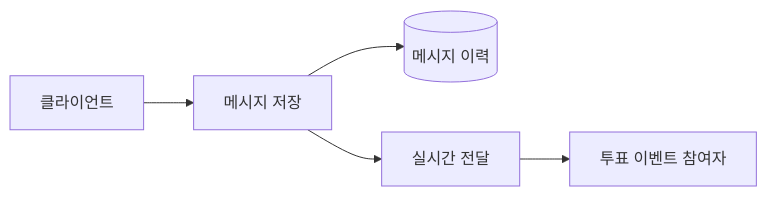
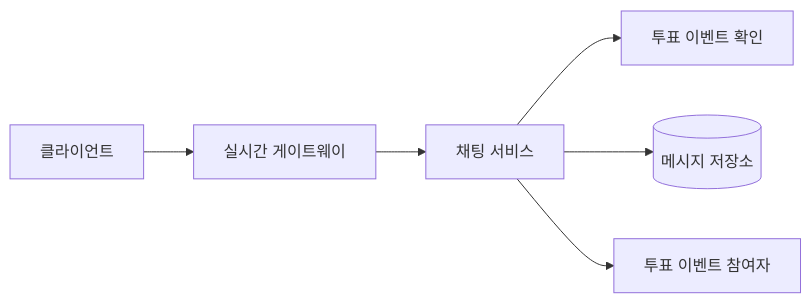
The eighth of 10 diagrams in README.md (jei-seesaw/seesaw-api), drawn with Mermaid before and after one commit. The commit also changed other lines of this file, not shown here.

````diff
--- a/README.md
+++ b/README.md
@@ -140,7 +290,15 @@
 ```mermaid
 flowchart LR
-  Client[클라이언트] --> API[메시지 저장]
-  API --> DB[(메시지 이력)]
-  API --> Socket[실시간 전달]
-  Socket --> Room[투표 이벤트 참여자]
+  Client[클라이언트]
+  Gateway[실시간 게이트웨이]
+  ChatService[채팅 서비스]
+  VoteEvents[투표 이벤트 확인]
+  Messages[(메시지 저장소)]
+  Room[투표 이벤트 참여자]
+
+  Client --> Gateway
+  Gateway --> ChatService
+  ChatService --> VoteEvents
+  ChatService --> Messages
+  ChatService --> Room
 ```
````
